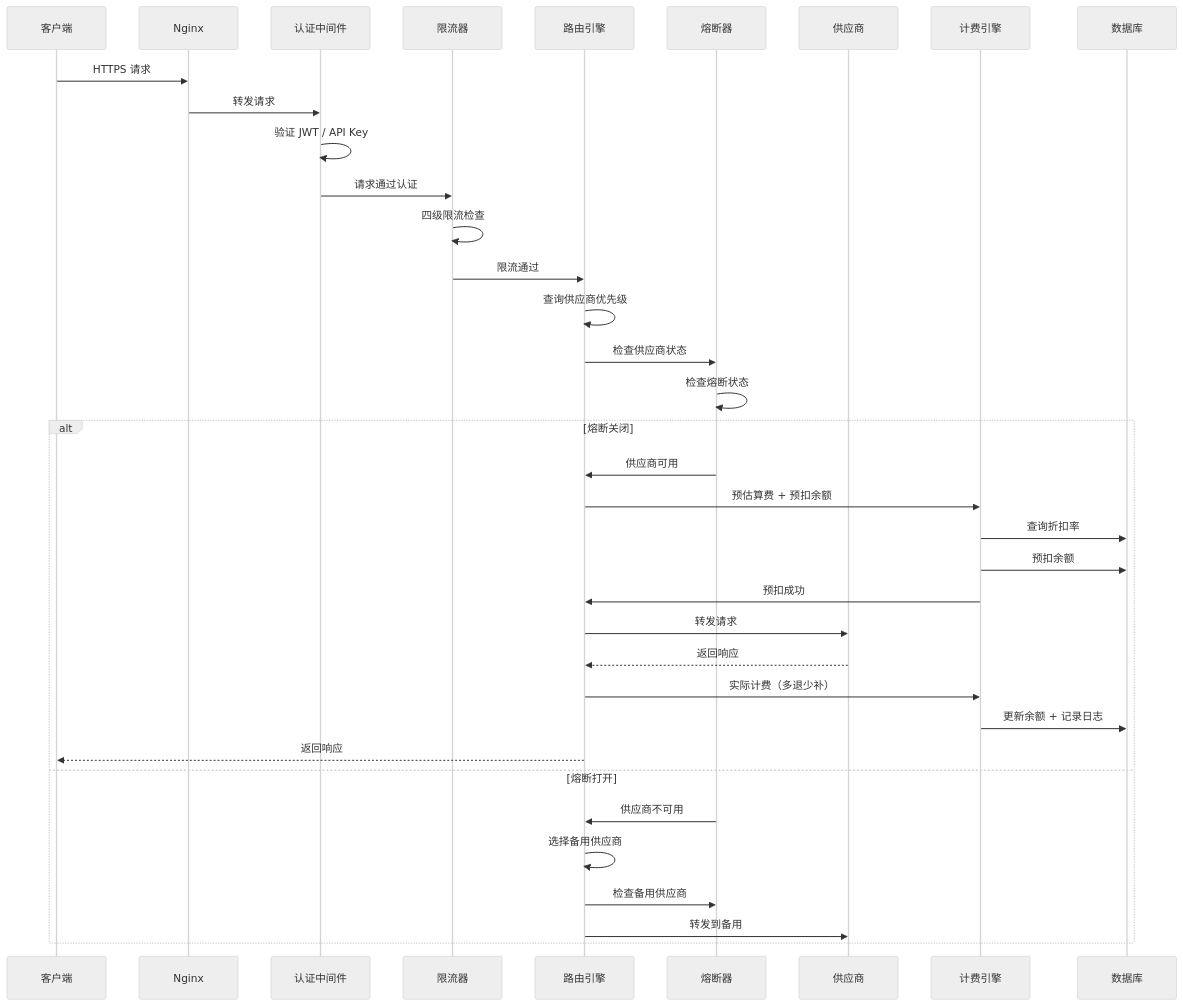
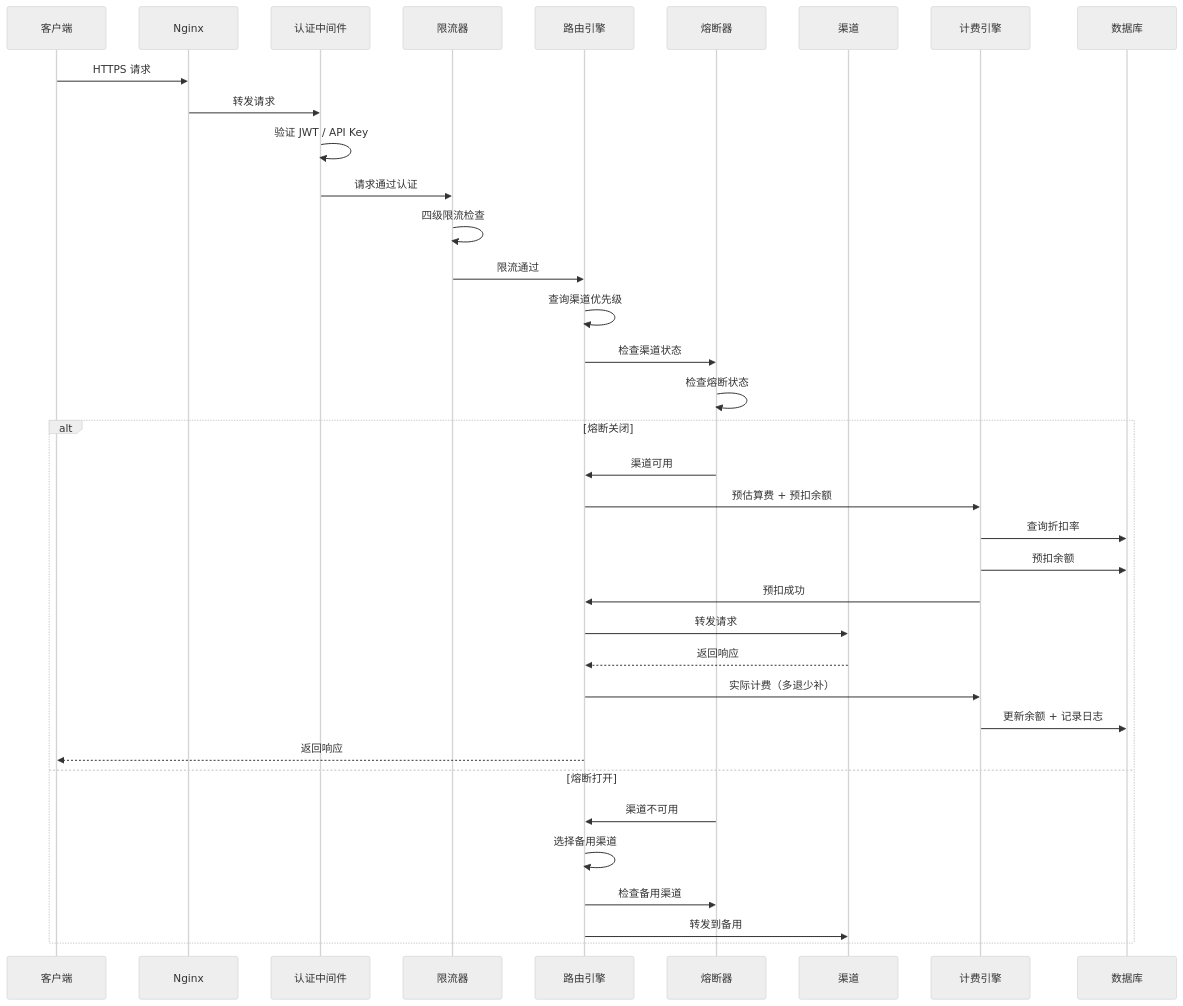
The fourth of 7 diagrams in docs/architecture.md (k19008800/3c), drawn with Mermaid (neutral theme) before and after one commit. The commit also changed other lines of this file and 616 other files, not shown here.

````diff
--- a/docs/architecture.md
+++ b/docs/architecture.md
@@ -257,42 +257,42 @@
 ```mermaid
 sequenceDiagram
     participant C as 客户端
     participant N as Nginx
     participant A as 认证中间件
     participant L as 限流器
     participant R as 路由引擎
     participant CB as 熔断器
-    participant P as 供应商
+    participant P as 渠道
     participant B as 计费引擎
     participant D as 数据库
 
     C->>N: HTTPS 请求
     N->>A: 转发请求
     A->>A: 验证 JWT / API Key
     A->>L: 请求通过认证
 
     L->>L: 四级限流检查
     L->>R: 限流通过
 
-    R->>R: 查询供应商优先级
-    R->>CB: 检查供应商状态
+    R->>R: 查询渠道优先级
+    R->>CB: 检查渠道状态
     CB->>CB: 检查熔断状态
 
     alt 熔断关闭
-        CB->>R: 供应商可用
+        CB->>R: 渠道可用
         R->>B: 预估算费 + 预扣余额
         B->>D: 查询折扣率
         B->>D: 预扣余额
         B->>R: 预扣成功
         R->>P: 转发请求
         P-->>R: 返回响应
         R->>B: 实际计费（多退少补）
         B->>D: 更新余额 + 记录日志
         R-->>C: 返回响应
     else 熔断打开
-        CB->>R: 供应商不可用
-        R->>R: 选择备用供应商
-        R->>CB: 检查备用供应商
+        CB->>R: 渠道不可用
+        R->>R: 选择备用渠道
+        R->>CB: 检查备用渠道
         R->>P: 转发到备用
     end
 ```
````
